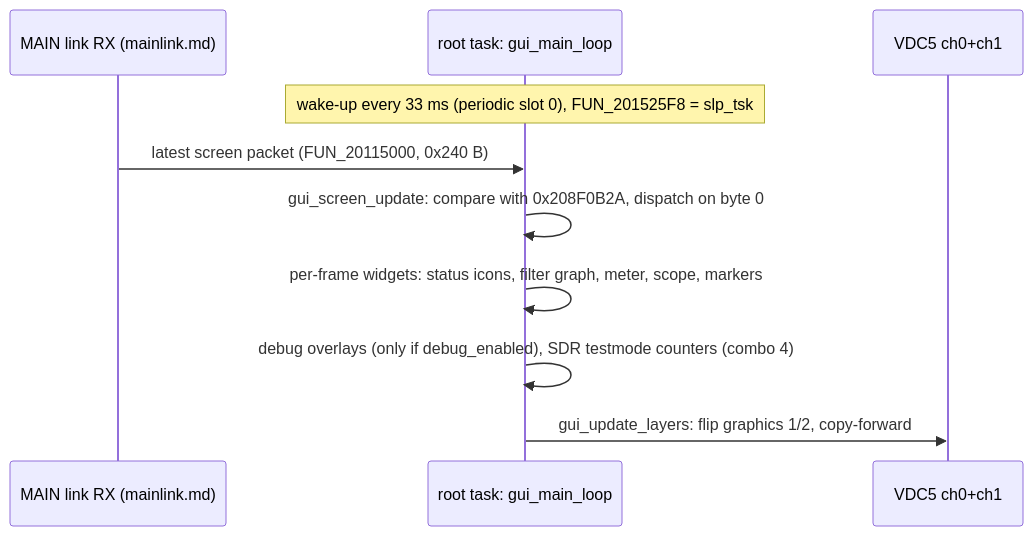
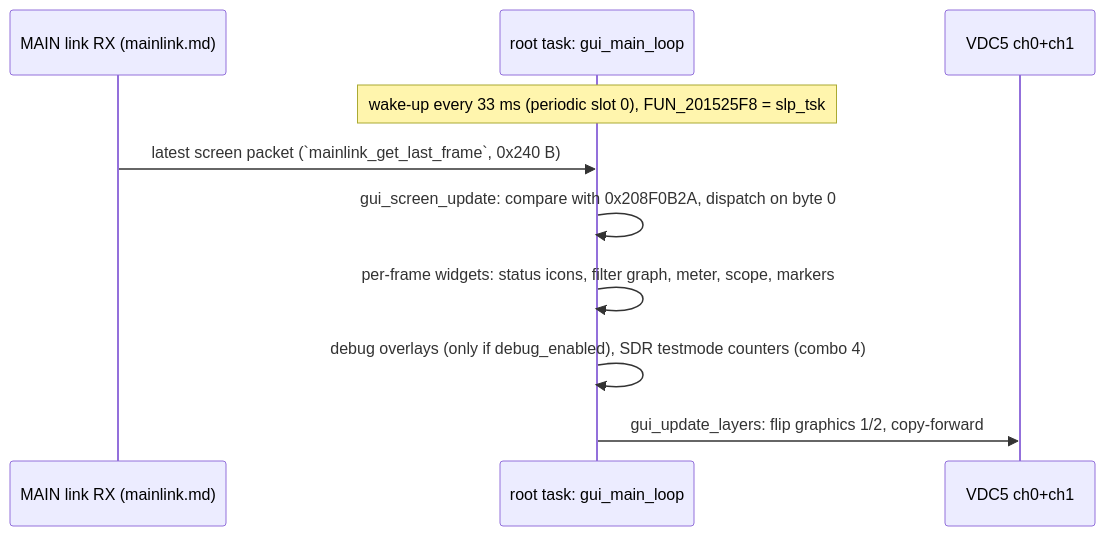
Before and after one commit to Reid-n0rc/FT-710_Firmware: the second of 3 diagrams in docs/code/display/gui.md, drawn with Mermaid. The commit also changed other lines of this file and 29 other files, not shown here.

````diff
--- a/docs/code/display/gui.md
+++ b/docs/code/display/gui.md
@@ -119,12 +117,12 @@
 ```mermaid
 sequenceDiagram
   participant ML as MAIN link RX (mainlink.md)
   participant R as root task: gui_main_loop
   participant V as VDC5 ch0+ch1
   Note over R: wake-up every 33 ms (periodic slot 0), FUN_201525F8 = slp_tsk
-  ML->>R: latest screen packet (FUN_20115000, 0x240 B)
+  ML->>R: latest screen packet (`mainlink_get_last_frame`, 0x240 B)
   R->>R: gui_screen_update: compare with 0x208F0B2A, dispatch on byte 0
   R->>R: per-frame widgets: status icons, filter graph, meter, scope, markers
   R->>R: debug overlays (only if debug_enabled), SDR testmode counters (combo 4)
   R->>V: gui_update_layers: flip graphics 1/2, copy-forward
 ```
````
